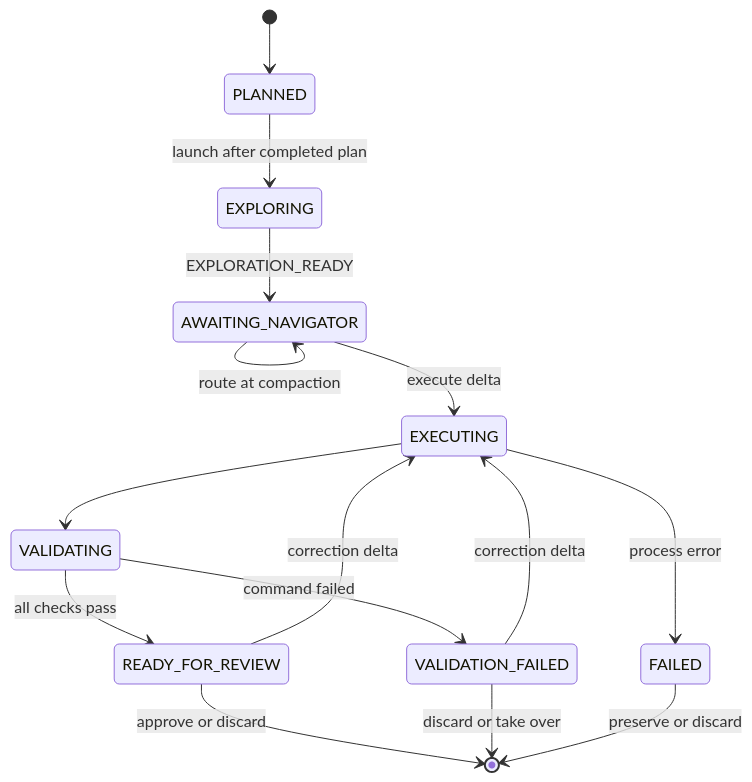
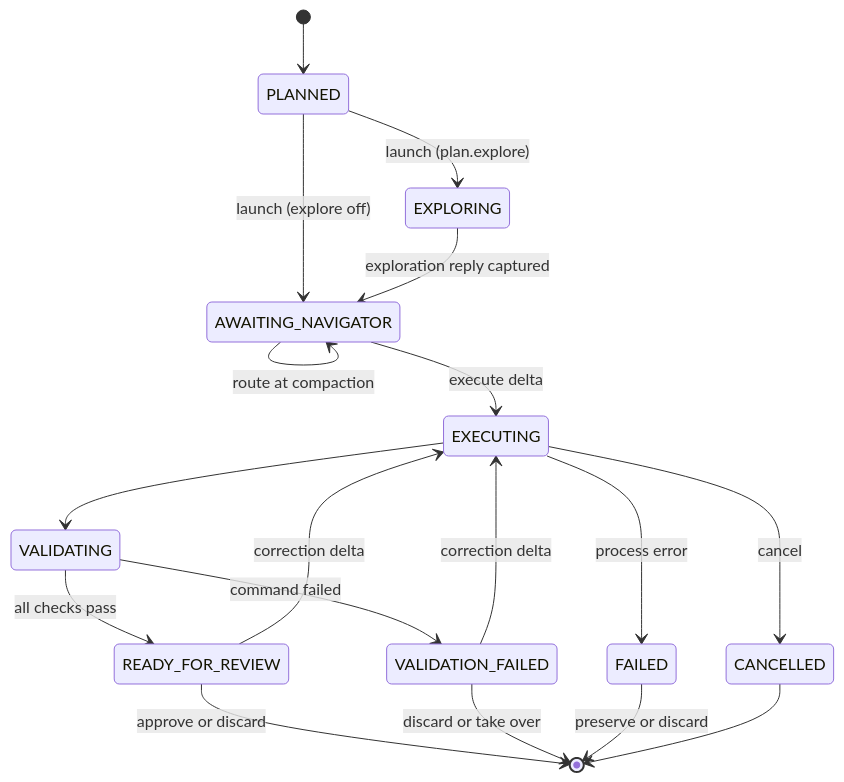
The second of 2 diagrams in README.md (colinchen4/prewalk-skill), drawn with Mermaid before and after one commit. The commit also changed other lines of this file and 4 other files, not shown here.

````diff
--- a/README.md
+++ b/README.md
@@ -46,17 +46,20 @@
 ```mermaid
 stateDiagram-v2
     [*] --> PLANNED
-    PLANNED --> EXPLORING: launch after completed plan
-    EXPLORING --> AWAITING_NAVIGATOR: EXPLORATION_READY
+    PLANNED --> AWAITING_NAVIGATOR: launch (explore off)
+    PLANNED --> EXPLORING: launch (plan.explore)
+    EXPLORING --> AWAITING_NAVIGATOR: exploration reply captured
     AWAITING_NAVIGATOR --> EXECUTING: execute delta
     AWAITING_NAVIGATOR --> AWAITING_NAVIGATOR: route at compaction
     EXECUTING --> VALIDATING
     EXECUTING --> FAILED: process error
+    EXECUTING --> CANCELLED: cancel
     VALIDATING --> READY_FOR_REVIEW: all checks pass
     VALIDATING --> VALIDATION_FAILED: command failed
     VALIDATION_FAILED --> EXECUTING: correction delta
     READY_FOR_REVIEW --> EXECUTING: correction delta
     READY_FOR_REVIEW --> [*]: approve or discard
     VALIDATION_FAILED --> [*]: discard or take over
     FAILED --> [*]: preserve or discard
+    CANCELLED --> [*]
 ```
````
